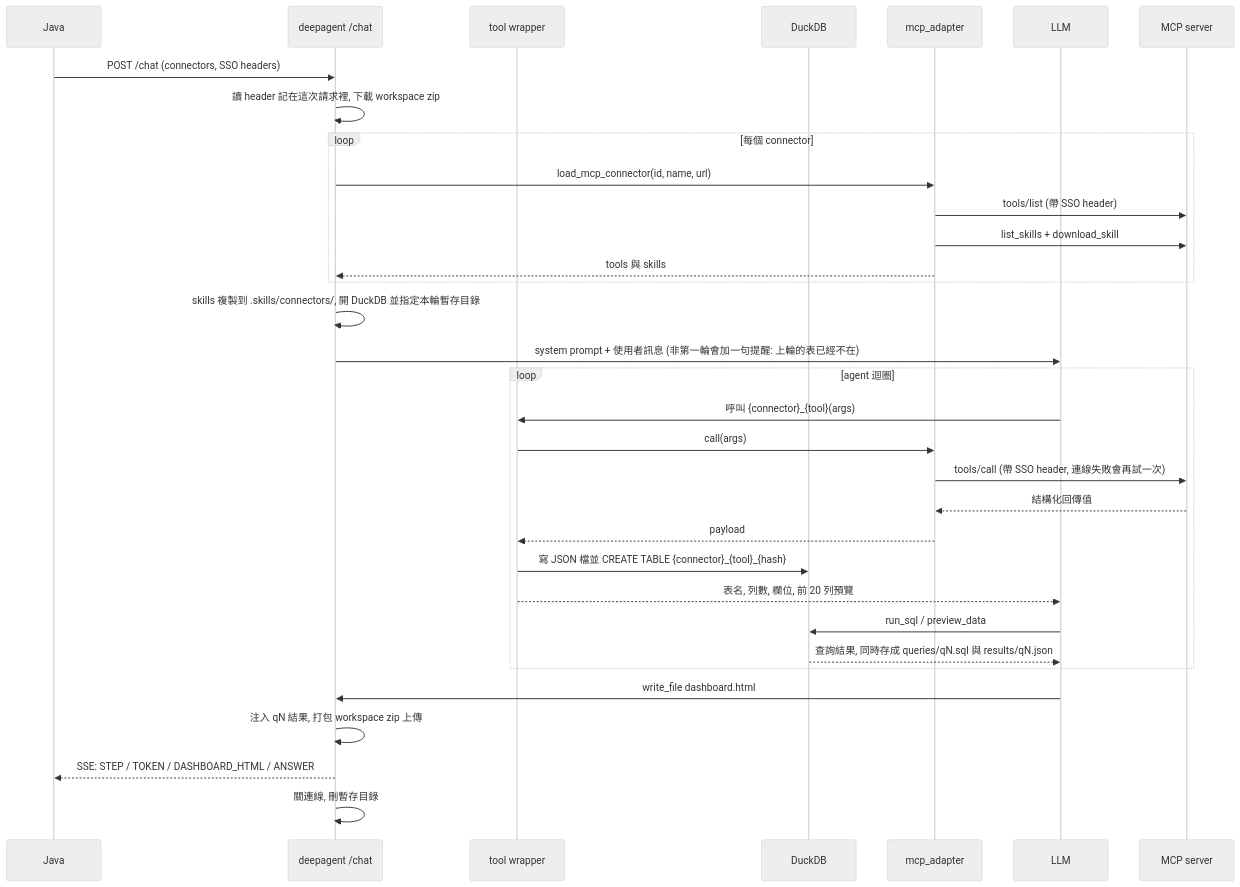
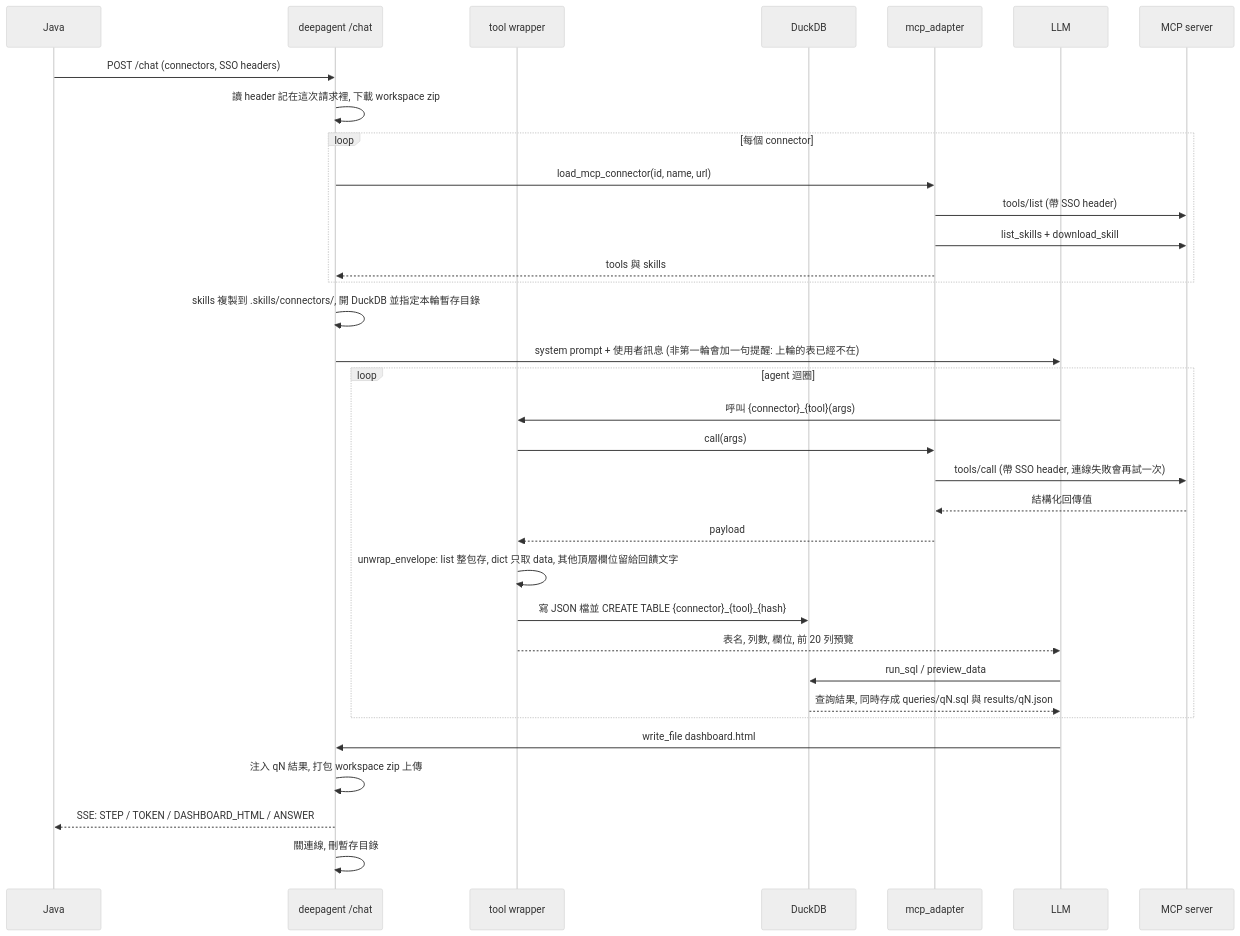
Before and after one commit to Michelle12369/cowork: the second of 2 diagrams in docs/superpowers/specs/2026-08-30-mcp-datasource-design.md, drawn with Mermaid (neutral theme). The commit also changed other lines of this file and 4 other files, not shown here.

First line of the commit message:
feat(deepagent): CONNECTOR_CALL_BUDGET 預設改 50; spec 時序圖補 unwrap_envelope

````diff
--- a/docs/superpowers/specs/2026-08-30-mcp-datasource-design.md
+++ b/docs/superpowers/specs/2026-08-30-mcp-datasource-design.md
@@ -91,36 +91,37 @@
 ```mermaid
 sequenceDiagram
     participant J as Java
     participant C as deepagent /chat
     participant W as tool wrapper
     participant D as DuckDB
     participant A as mcp_adapter
     participant L as LLM
     participant M as MCP server
 
     J->>C: POST /chat (connectors, SSO headers)
     C->>C: 讀 header 記在這次請求裡, 下載 workspace zip
     loop 每個 connector
         C->>A: load_mcp_connector(id, name, url)
         A->>M: tools/list (帶 SSO header)
         A->>M: list_skills + download_skill
         A-->>C: tools 與 skills
     end
     C->>C: skills 複製到 .skills/connectors/, 開 DuckDB 並指定本輪暫存目錄
     C->>L: system prompt + 使用者訊息 (非第一輪會加一句提醒: 上輪的表已經不在)
     loop agent 迴圈
         L->>W: 呼叫 {connector}_{tool}(args)
         W->>A: call(args)
         A->>M: tools/call (帶 SSO header, 連線失敗會再試一次)
         M-->>A: 結構化回傳值
         A-->>W: payload
+        W->>W: unwrap_envelope: list 整包存, dict 只取 data, 其他頂層欄位留給回饋文字
         W->>D: 寫 JSON 檔並 CREATE TABLE {connector}_{tool}_{hash}
         W-->>L: 表名, 列數, 欄位, 前 20 列預覽
         L->>D: run_sql / preview_data
         D-->>L: 查詢結果, 同時存成 queries/qN.sql 與 results/qN.json
     end
     L->>C: write_file dashboard.html
     C->>C: 注入 qN 結果, 打包 workspace zip 上傳
     C-->>J: SSE: STEP / TOKEN / DASHBOARD_HTML / ANSWER
     C->>C: 關連線, 刪暫存目錄
 ```
````
